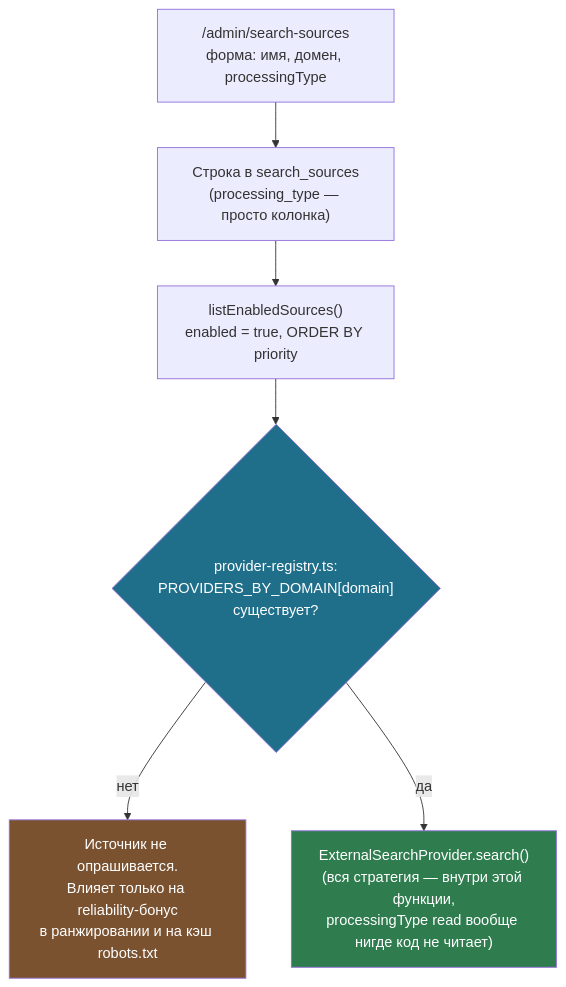
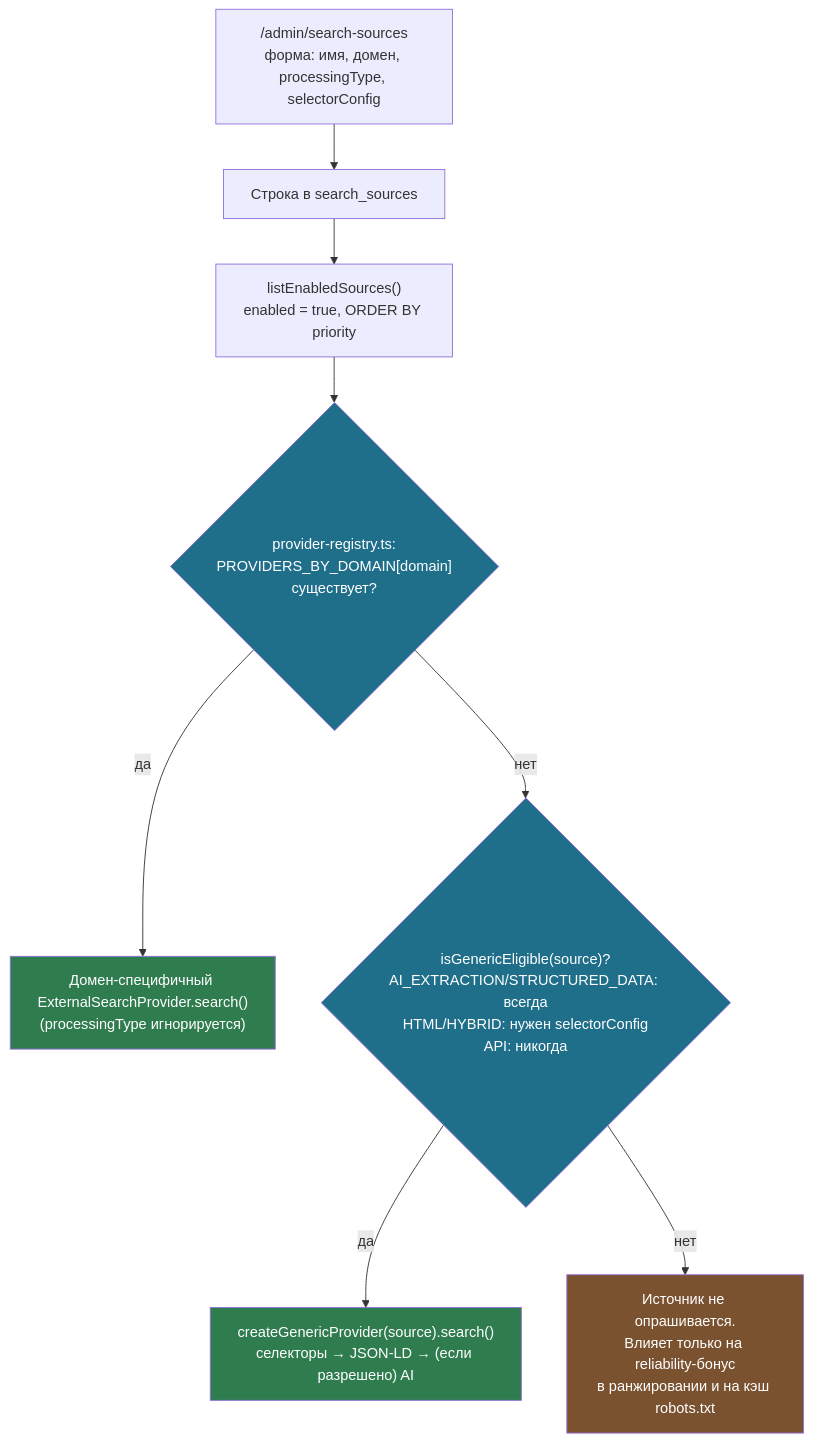
One commit to vasilykamenev/online-booking-system changed the first of 2 diagrams in docs/search-source-processing-strategies.md. Above: the diagram before and after it, drawn with Mermaid. The commit also changed other lines of this file and 21 other files, not shown here.

First line of the commit message:
feat: add selector_config to search_sources for CSS-selector-based extraction

````diff
--- a/docs/search-source-processing-strategies.md
+++ b/docs/search-source-processing-strategies.md
@@ -60,12 +94,16 @@
 ```mermaid
 flowchart TD
-    Admin["/admin/search-sources\nформа: имя, домен, processingType"] --> Row["Строка в search_sources\n(processing_type — просто колонка)"]
+    Admin["/admin/search-sources\nформа: имя, домен, processingType, selectorConfig"] --> Row["Строка в search_sources"]
     Row --> Registry["listEnabledSources()\nenabled = true, ORDER BY priority"]
     Registry --> Lookup{"provider-registry.ts:\nPROVIDERS_BY_DOMAIN[domain]\nсуществует?"}
-    Lookup -- "нет" --> Skip["Источник не опрашивается.\nВлияет только на reliability-бонус\nв ранжировании и на кэш robots.txt"]
-    Lookup -- "да" --> Provider["ExternalSearchProvider.search()\n(вся стратегия — внутри этой функции,\nprocessingType read вообще нигде код не читает)"]
+    Lookup -- "да" --> Provider["Домен-специфичный ExternalSearchProvider.search()\n(processingType игнорируется)"]
+    Lookup -- "нет" --> Generic{"isGenericEligible(source)?\nAI_EXTRACTION/STRUCTURED_DATA: всегда\nHTML/HYBRID: нужен selectorConfig\nAPI: никогда"}
+    Generic -- "да" --> GenericProvider["createGenericProvider(source).search()\nселекторы → JSON-LD → (если разрешено) AI"]
+    Generic -- "нет" --> Skip["Источник не опрашивается.\nВлияет только на reliability-бонус\nв ранжировании и на кэш robots.txt"]
 
     style Lookup fill:#1f6f8b,color:#fff
+    style Generic fill:#1f6f8b,color:#fff
     style Provider fill:#2f7d4f,color:#fff
+    style GenericProvider fill:#2f7d4f,color:#fff
     style Skip fill:#7a5230,color:#fff
 ```
````
